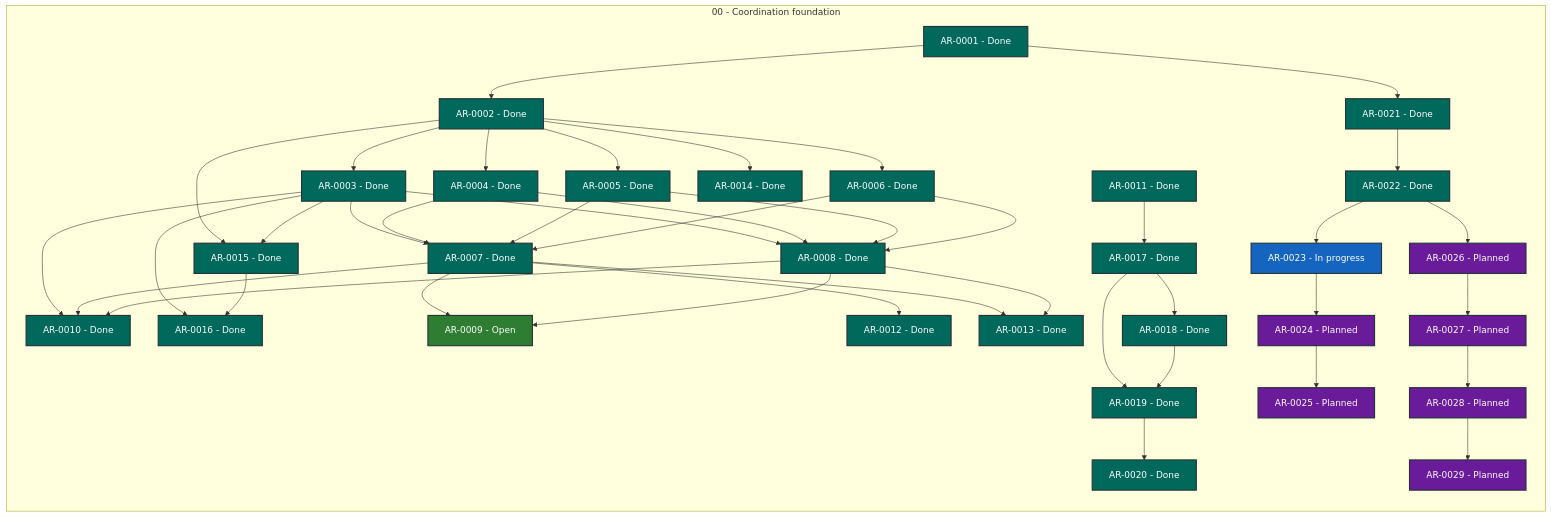
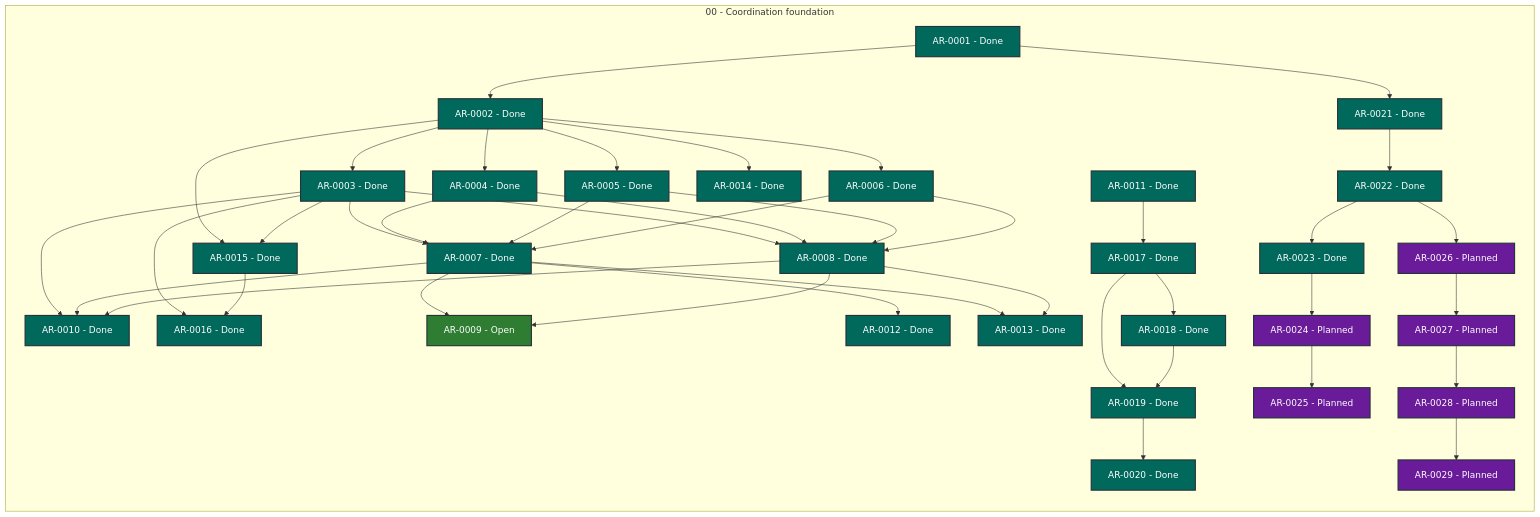
One commit to martin-beck/agent-workflow-coordinator-state changed the diagram in STATUS.md. Above: the diagram before and after it, drawn with Mermaid. The commit also changed other lines of this file and 2 other files, not shown here.

```diff
--- a/STATUS.md
+++ b/STATUS.md
@@ -50,7 +50,7 @@
         AR_0020["AR-0020 - Done"]:::status_done
         AR_0021["AR-0021 - Done"]:::status_done
         AR_0022["AR-0022 - Done"]:::status_done
-        AR_0023["AR-0023 - In progress"]:::status_in_progress
+        AR_0023["AR-0023 - Done"]:::status_done
         AR_0024["AR-0024 - Planned"]:::status_planned
         AR_0025["AR-0025 - Planned"]:::status_planned
         AR_0026["AR-0026 - Planned"]:::status_planned
```
